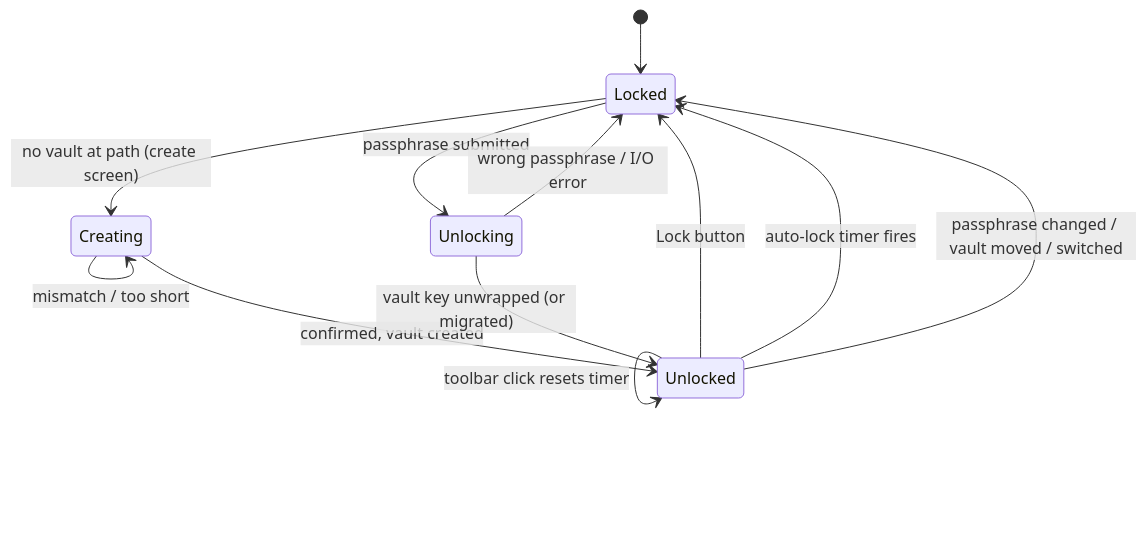
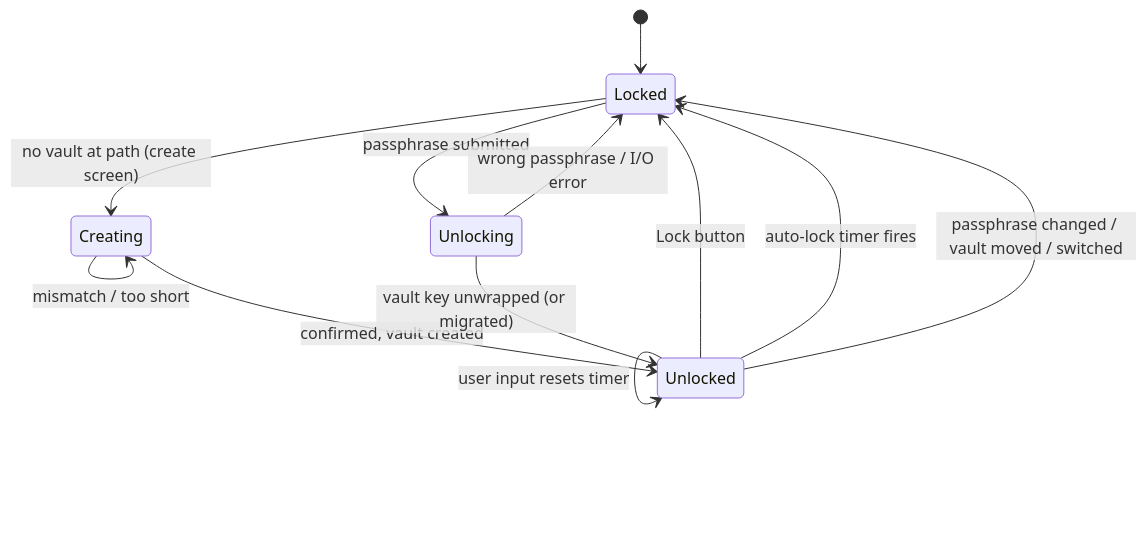
The second of 2 diagrams in vault-vlt/Architecture/Architecture Overview.md (heyjdp/vlt), drawn with Mermaid before and after one commit. The commit also changed other lines of this file and 15 other files, not shown here.

````diff
--- a/vault-vlt/Architecture/Architecture Overview.md
+++ b/vault-vlt/Architecture/Architecture Overview.md
@@ -53,14 +53,14 @@
 ```mermaid
 stateDiagram-v2
     [*] --> Locked
     Locked --> Creating: no vault at path (create screen)
     Creating --> Creating: mismatch / too short
     Creating --> Unlocked: confirmed, vault created
     Locked --> Unlocking: passphrase submitted
     Unlocking --> Locked: wrong passphrase / I/O error
     Unlocking --> Unlocked: vault key unwrapped (or migrated)
     Unlocked --> Locked: Lock button
     Unlocked --> Locked: auto-lock timer fires
     Unlocked --> Locked: passphrase changed / vault moved / switched
-    Unlocked --> Unlocked: toolbar click resets timer
+    Unlocked --> Unlocked: user input resets timer
 ```
````
